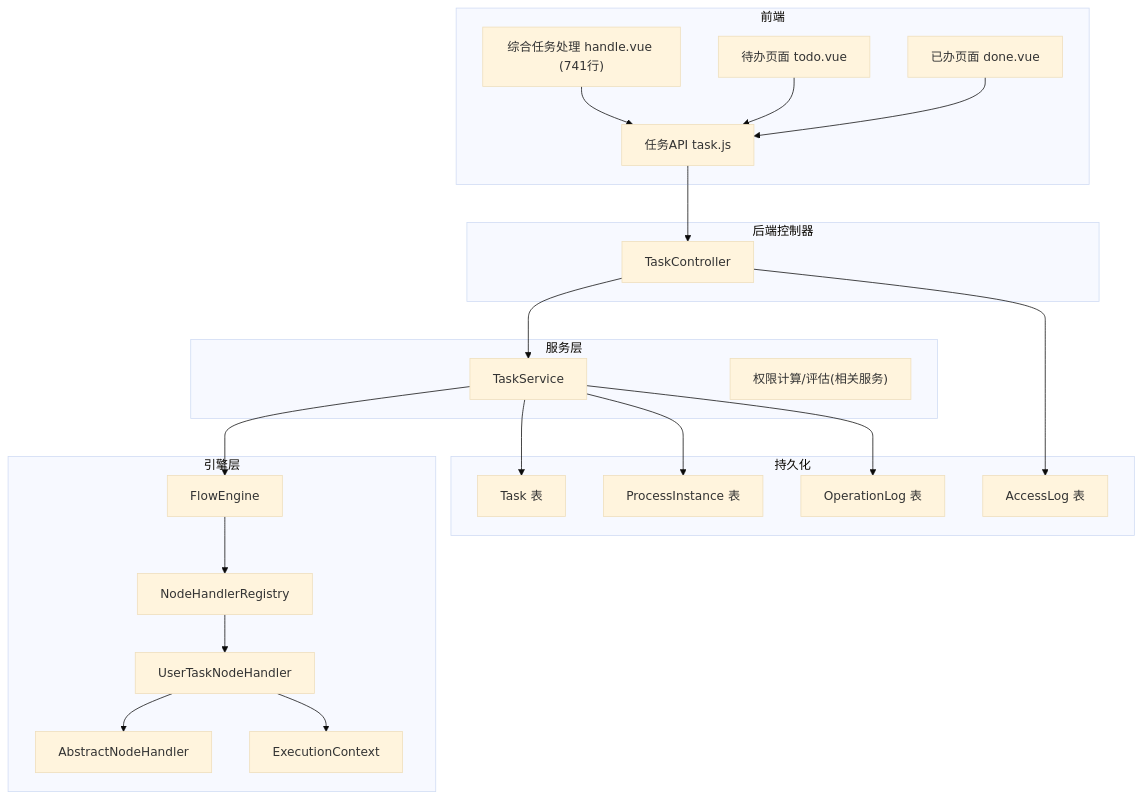
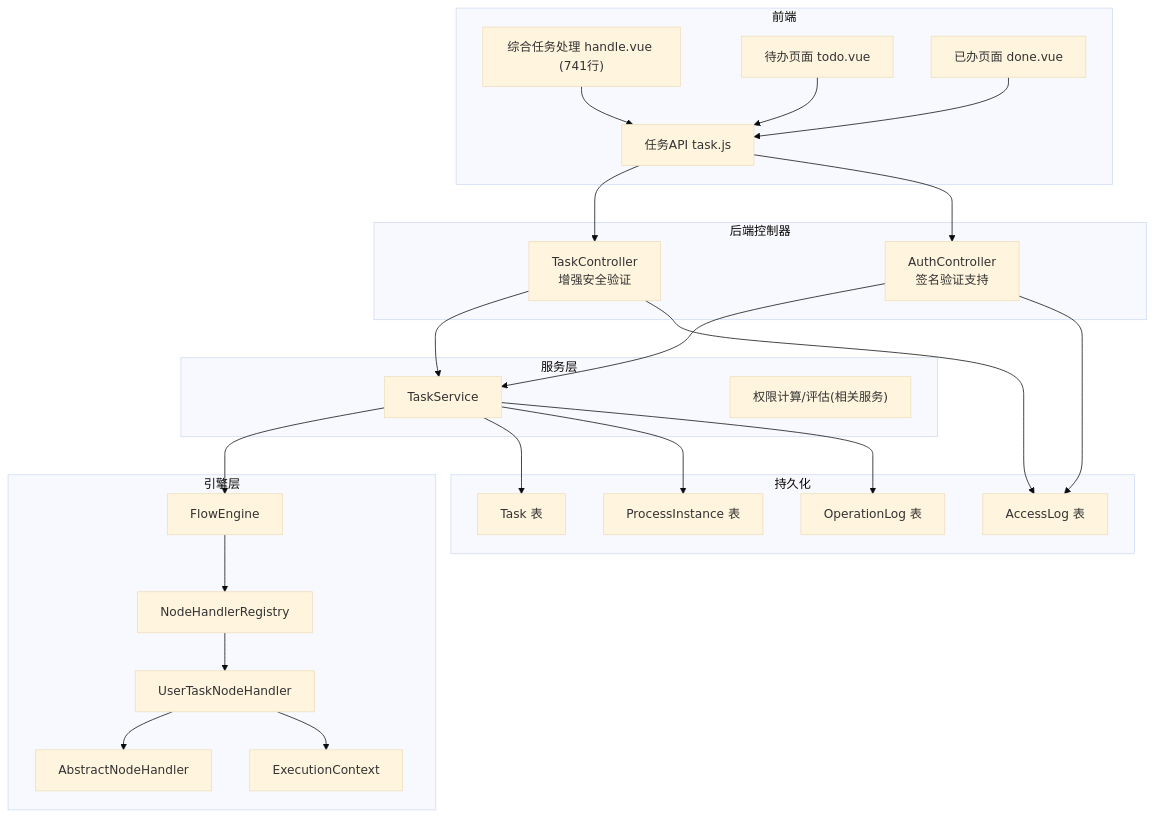
Before and after one commit to liming-lihaini/workflow: the first of 11 diagrams in .qoder/repowiki/zh/content/任务管理/任务操作处理/任务操作处理.md, drawn with Mermaid (base theme). The commit also changed other lines of this file and 9 other files, not shown here.

````diff
--- a/.qoder/repowiki/zh/content/任务管理/任务操作处理/任务操作处理.md
+++ b/.qoder/repowiki/zh/content/任务管理/任务操作处理/任务操作处理.md
@@ -73,43 +74,47 @@
 ```mermaid
 graph TB
 subgraph "前端"
 FE_Handle["综合任务处理 handle.vue (741行)"]
 FE_Todo["待办页面 todo.vue"]
 FE_Done["已办页面 done.vue"]
 FE_TaskApi["任务API task.js"]
 end
 subgraph "后端控制器"
-C_Task["TaskController"]
+C_Task["TaskController<br/>增强安全验证"]
+C_Auth["AuthController<br/>签名验证支持"]
 end
 subgraph "服务层"
 S_Task["TaskService"]
 S_Permission["权限计算/评估(相关服务)"]
 end
 subgraph "引擎层"
 E_Flow["FlowEngine"]
 R_Node["NodeHandlerRegistry"]
 H_User["UserTaskNodeHandler"]
 H_Abstract["AbstractNodeHandler"]
 Ctx["ExecutionContext"]
 end
 subgraph "持久化"
 DB_Task["Task 表"]
 DB_Instance["ProcessInstance 表"]
 DB_OpLog["OperationLog 表"]
 DB_Access["AccessLog 表"]
 end
 FE_Handle --> FE_TaskApi
 FE_Todo --> FE_TaskApi
 FE_Done --> FE_TaskApi
 FE_TaskApi --> C_Task
+FE_TaskApi --> C_Auth
 C_Task --> S_Task
+C_Auth --> S_Task
 S_Task --> E_Flow
 E_Flow --> R_Node
 R_Node --> H_User
 H_User --> H_Abstract
 H_User --> Ctx
 S_Task --> DB_Task
 S_Task --> DB_Instance
 S_Task --> DB_OpLog
 C_Task --> DB_Access
+C_Auth --> DB_Access
 ```
````
